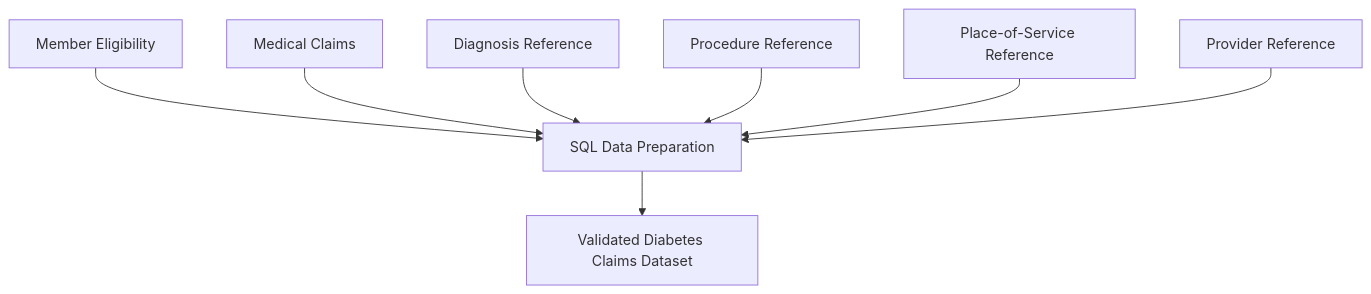
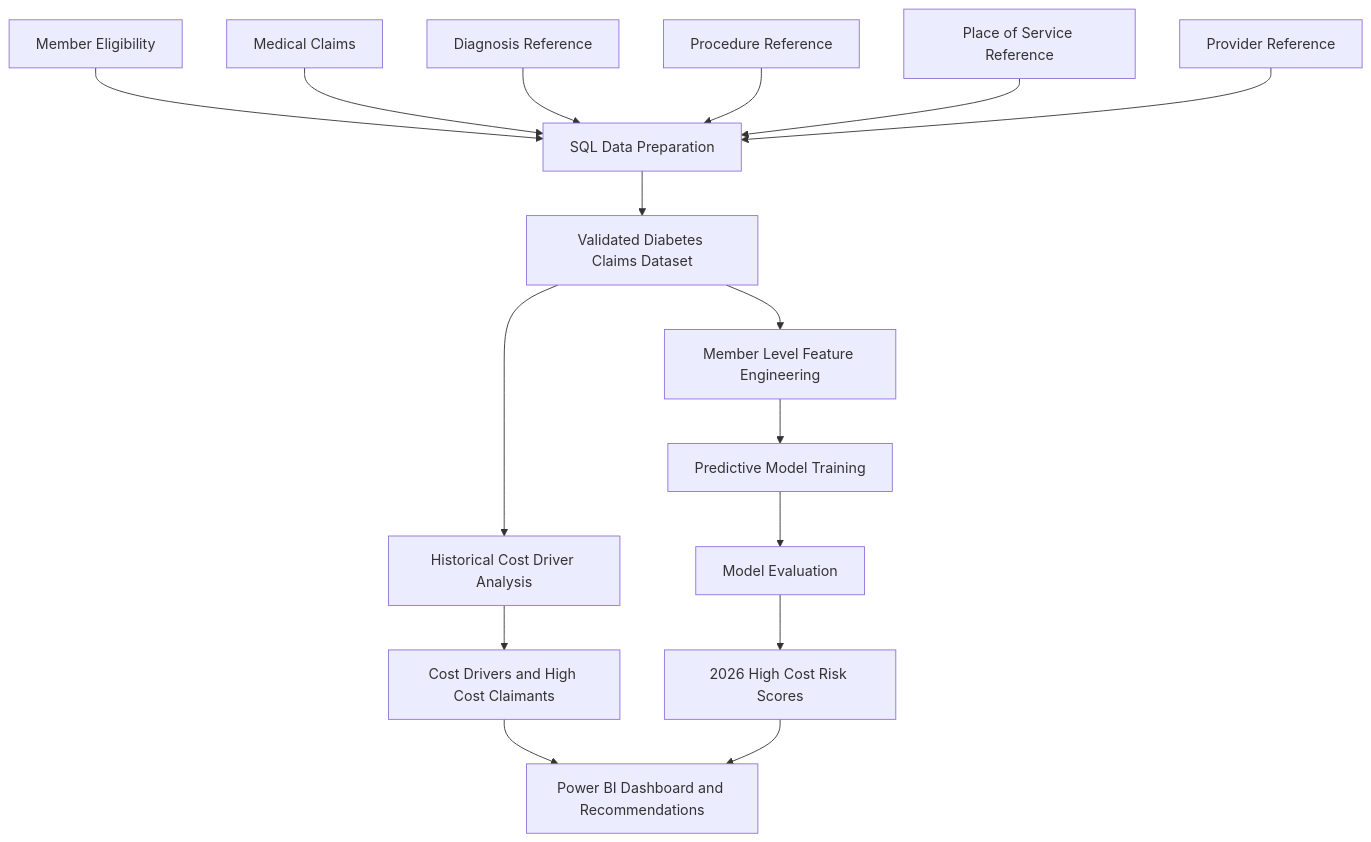
Before and after one commit to romankolegov/healthcare_claims_ai_analytics: the diagram in README.md, drawn with Mermaid.

Commit message:
README.md

````diff
--- a/README.md
+++ b/README.md
@@ -16,20 +16,22 @@
 ```mermaid
 flowchart TD
-    A[Member Eligibility]
-    B[Medical Claims]
-    C[Diagnosis Reference]
-    D[Procedure Reference]
-    E[Place-of-Service Reference]
-    F[Provider Reference]
+    A["Member Eligibility"] --> G["SQL Data Preparation"]
+    B["Medical Claims"] --> G
+    C["Diagnosis Reference"] --> G
+    D["Procedure Reference"] --> G
+    E["Place of Service Reference"] --> G
+    F["Provider Reference"] --> G
 
-    G[SQL Data Preparation]
-    H[Validated Diabetes Claims Dataset]
+    G --> H["Validated Diabetes Claims Dataset"]
 
-    A --> G
-    B --> G
-    C --> G
-    D --> G
-    E --> G
-    F --> G
-    G --> H
+    H --> I["Historical Cost Driver Analysis"]
+    H --> J["Member Level Feature Engineering"]
+
+    I --> K["Cost Drivers and High Cost Claimants"]
+    K --> O["Power BI Dashboard and Recommendations"]
+
+    J --> L["Predictive Model Training"]
+    L --> M["Model Evaluation"]
+    M --> N["2026 High Cost Risk Scores"]
+    N --> O
 ```
````
